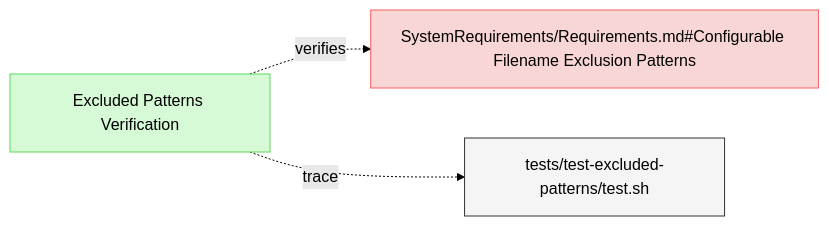
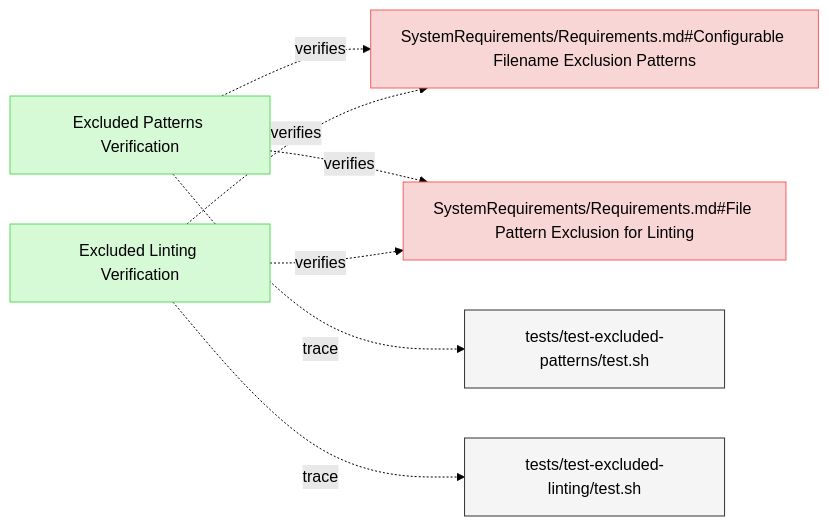
One commit to reqvire-org/reqvire changed the third of 3 diagrams in specifications/Verifications/LintingTests.md. Above: the diagram before and after it, drawn with Mermaid (forest theme). The commit also changed other lines of this file and 14 other files, not shown here.

Commit message:
Diagram fixes

````diff
--- a/specifications/Verifications/LintingTests.md
+++ b/specifications/Verifications/LintingTests.md
@@ -281,20 +277,33 @@
 ```mermaid
 graph LR;
   %% Graph styling
   classDef requirement fill:#f9d6d6,stroke:#f55f5f,stroke-width:1px;
   classDef verification fill:#d6f9d6,stroke:#5fd75f,stroke-width:1px;
   classDef externalLink fill:#d0e0ff,stroke:#3080ff,stroke-width:1px;
   classDef default fill:#f5f5f5,stroke:#333333,stroke-width:1px;
 
-  excluded_patterns_verification["Excluded Patterns Verification"];
-  click excluded_patterns_verification "LintingTests.md#excluded-patterns-verification";
-  class excluded_patterns_verification verification;
-  excluded_patterns_requirement["SystemRequirements/Requirements.md#Configurable Filename Exclusion Patterns"];
-  class excluded_patterns_requirement requirement;
-  click excluded_patterns_requirement "../SystemRequirements/Requirements.md#configurable-filename-exclusion-patterns";
-  excluded_patterns_verification -.->|verifies| excluded_patterns_requirement;
-  excluded_patterns_test["tests/test-excluded-patterns/test.sh"];
-  class excluded_patterns_test default;
-  click excluded_patterns_test "../../tests/test-excluded-patterns/test.sh";
-  excluded_patterns_verification -.->|trace| excluded_patterns_test;
+  be641c88c635747f["Excluded Patterns Verification"];
+  click be641c88c635747f "LintingTests.md#excluded-patterns-verification";
+  class be641c88c635747f verification;
+  cc8128cae305b29d["SystemRequirements/Requirements.md#Configurable Filename Exclusion Patterns"];
+  class cc8128cae305b29d requirement;
+  click cc8128cae305b29d "../SystemRequirements/Requirements.md#configurable-filename-exclusion-patterns";
+  be641c88c635747f -.->|verifies| cc8128cae305b29d;
+  45770e9b319d3819["SystemRequirements/Requirements.md#File Pattern Exclusion for Linting"];
+  class 45770e9b319d3819 requirement;
+  click 45770e9b319d3819 "../SystemRequirements/Requirements.md#file-pattern-exclusion-for-linting";
+  be641c88c635747f -.->|verifies| 45770e9b319d3819;
+  79ca606f26bdd145["tests/test-excluded-patterns/test.sh"];
+  class 79ca606f26bdd145 default;
+  click 79ca606f26bdd145 "../../tests/test-excluded-patterns/test.sh";
+  be641c88c635747f -.->|trace| 79ca606f26bdd145;
+  4c4775ba9ffce94["Excluded Linting Verification"];
+  click 4c4775ba9ffce94 "LintingTests.md#excluded-linting-verification";
+  class 4c4775ba9ffce94 verification;
+  4c4775ba9ffce94 -.->|verifies| cc8128cae305b29d;
+  4c4775ba9ffce94 -.->|verifies| 45770e9b319d3819;
+  b28a9ed0b063b190["tests/test-excluded-linting/test.sh"];
+  class b28a9ed0b063b190 default;
+  click b28a9ed0b063b190 "../../tests/test-excluded-linting/test.sh";
+  4c4775ba9ffce94 -.->|trace| b28a9ed0b063b190;
 ```
````
